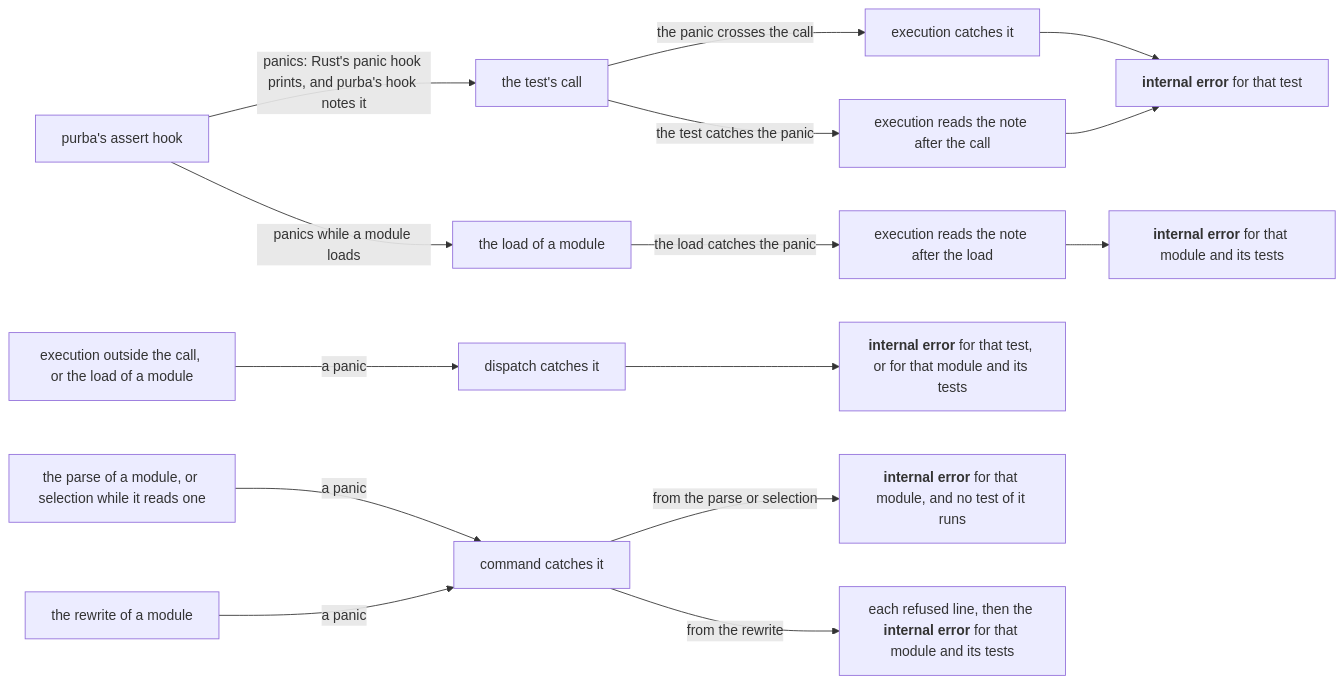
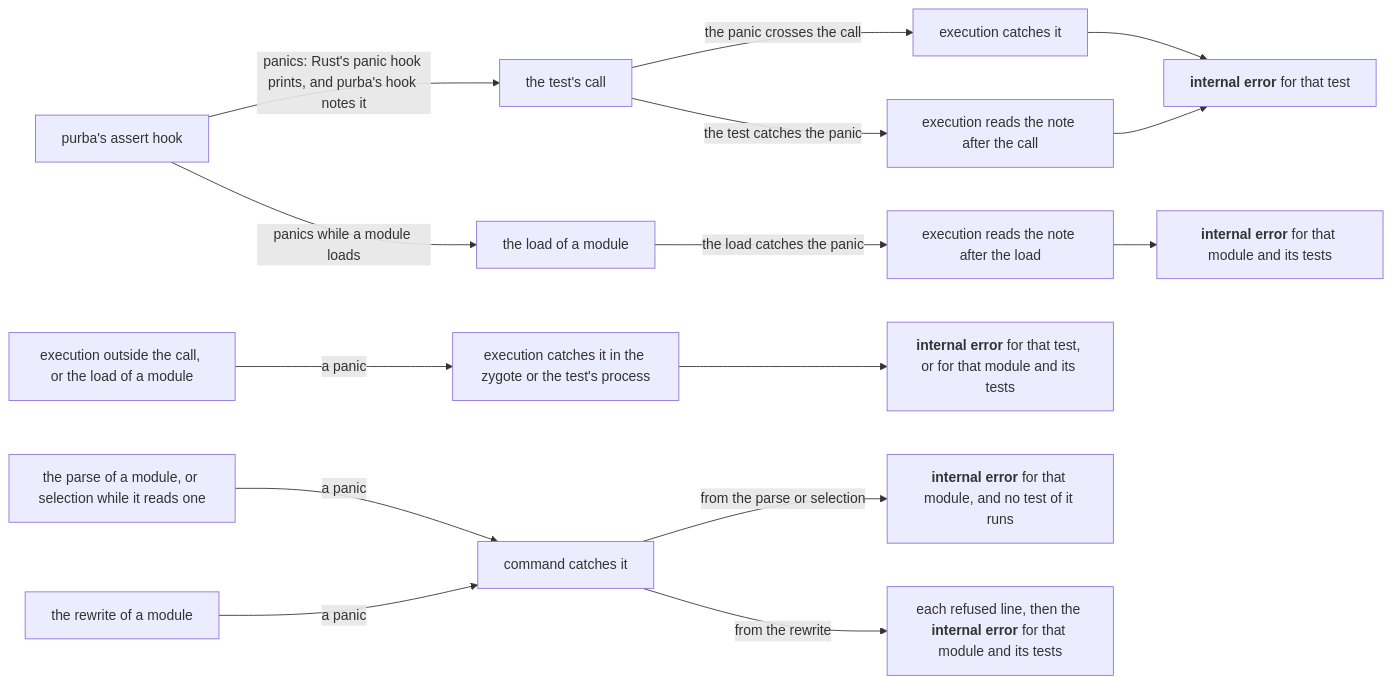
One commit to kalonji-tools/purba changed the diagram in docs/decisions/a-panic-inside-a-test-gives-that-test-an-internal-error.md. Above: the diagram before and after it, drawn with Mermaid. The commit also changed other lines of this file and 12 other files, not shown here.

First line of the commit message:
docs(decisions): run each test in a process that a zygote forks (#694)

````diff
--- a/docs/decisions/a-panic-inside-a-test-gives-that-test-an-internal-error.md
+++ b/docs/decisions/a-panic-inside-a-test-gives-that-test-an-internal-error.md
@@ -33,17 +34,17 @@
 ```mermaid
 flowchart LR
   hook["purba's assert hook"] -- "panics: Rust's panic hook prints, and purba's hook notes it" --> testcall["the test's call"]
   testcall -- "the panic crosses the call" --> execution["execution catches it"]
   testcall -- "the test catches the panic" --> note["execution reads the note after the call"]
   hook -- "panics while a module loads" --> moduleload["the load of a module"]
   moduleload -- "the load catches the panic" --> loadnote["execution reads the note after the load"]
-  other["execution outside the call, or the load of a module"] -- "a panic" --> dispatch["dispatch catches it"]
+  other["execution outside the call, or the load of a module"] -- "a panic" --> outer["execution catches it in the zygote or the test's process"]
   execution --> test["<b>internal error</b> for that test"]
   note --> test
   loadnote --> loaderror["<b>internal error</b> for that module and its tests"]
-  dispatch --> either["<b>internal error</b> for that test, or for that module and its tests"]
+  outer --> either["<b>internal error</b> for that test, or for that module and its tests"]
   before["the parse of a module, or selection while it reads one"] -- "a panic" --> command["command catches it"]
   rewrite["the rewrite of a module"] -- "a panic" --> command
   command -- "from the parse or selection" --> module["<b>internal error</b> for that module, and no test of it runs"]
   command -- "from the rewrite" --> rewritten["each refused line, then the <b>internal error</b> for that module and its tests"]
 ```
````
